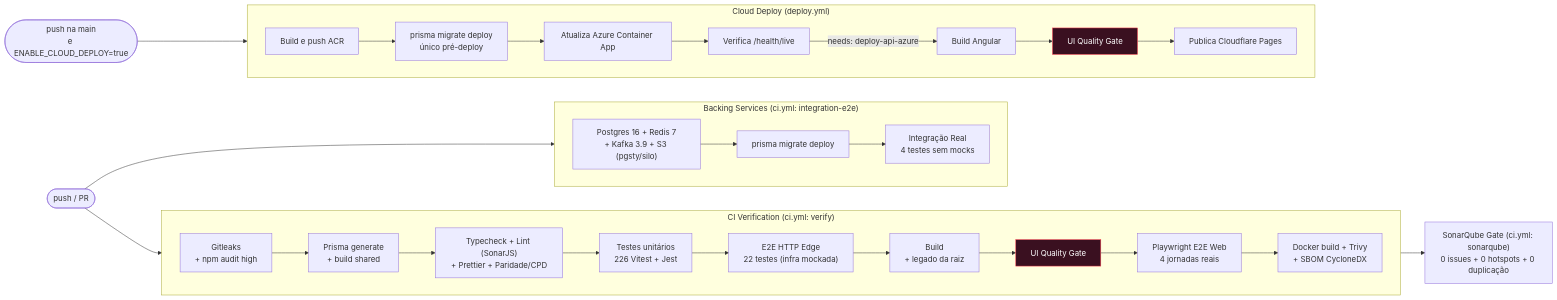
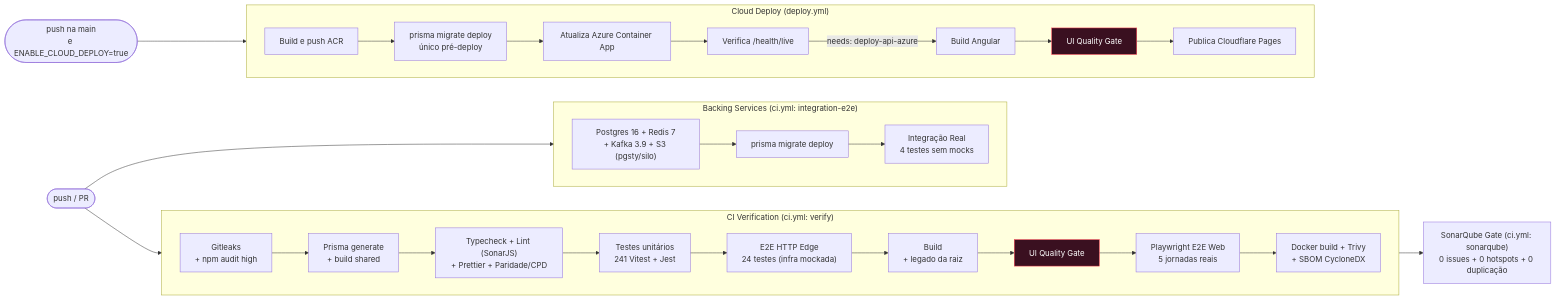
The eighth of 12 diagrams in README.md (Digooow/pokedex-frontend), drawn with Mermaid before and after one commit. The commit also changed other lines of this file and 2 other files, not shown here.

````diff
--- a/README.md
+++ b/README.md
@@ -493,34 +497,34 @@
 ```mermaid
 flowchart LR
   push(["push / PR"]) --> v
   push --> integ
 
   subgraph v["CI Verification (ci.yml: verify)"]
     direction LR
     s0["Gitleaks<br/>+ npm audit high"] --> s1["Prisma generate<br/>+ build shared"] --> s2["Typecheck + Lint (SonarJS)<br/>+ Prettier + Paridade/CPD"]
-    s2 --> s4["Testes unitários<br/>226 Vitest + Jest"]
-    s4 --> s5["E2E HTTP Edge<br/>22 testes (infra mockada)"]
+    s2 --> s4["Testes unitários<br/>241 Vitest + Jest"]
+    s4 --> s5["E2E HTTP Edge<br/>24 testes (infra mockada)"]
     s5 --> s6["Build<br/>+ legado da raiz"]
     s6 --> s7["UI Quality Gate"]
-    s7 --> s7b["Playwright E2E Web<br/>4 jornadas reais"]
+    s7 --> s7b["Playwright E2E Web<br/>5 jornadas reais"]
     s7b --> s8["Docker build + Trivy<br/>+ SBOM CycloneDX"]
   end
 
   v --> sq["SonarQube Gate (ci.yml: sonarqube)<br/>0 issues + 0 hotspots + 0 duplicação"]
 
   subgraph integ["Backing Services (ci.yml: integration-e2e)"]
     direction LR
     i1["Postgres 16 + Redis 7<br/>+ Kafka 3.9 + S3 (pgsty/silo)"] --> i2["prisma migrate deploy"] --> i3["Integração Real<br/>4 testes sem mocks"]
   end
 
   push2(["push na main<br/>e ENABLE_CLOUD_DEPLOY=true"]) --> d
 
   subgraph d["Cloud Deploy (deploy.yml)"]
     direction LR
     a1["Build e push ACR"] --> a1b["prisma migrate deploy<br/>único pré-deploy"] --> a2["Atualiza Azure Container App"] --> a3["Verifica /health/live"]
     a3 -->|"needs: deploy-api-azure"| b1["Build Angular"] --> b2["UI Quality Gate"] --> b3["Publica Cloudflare Pages"]
   end
 
   classDef gate fill:#3a1020,stroke:#ff3b4e,color:#fff
   class s7,b2 gate
 ```
````
